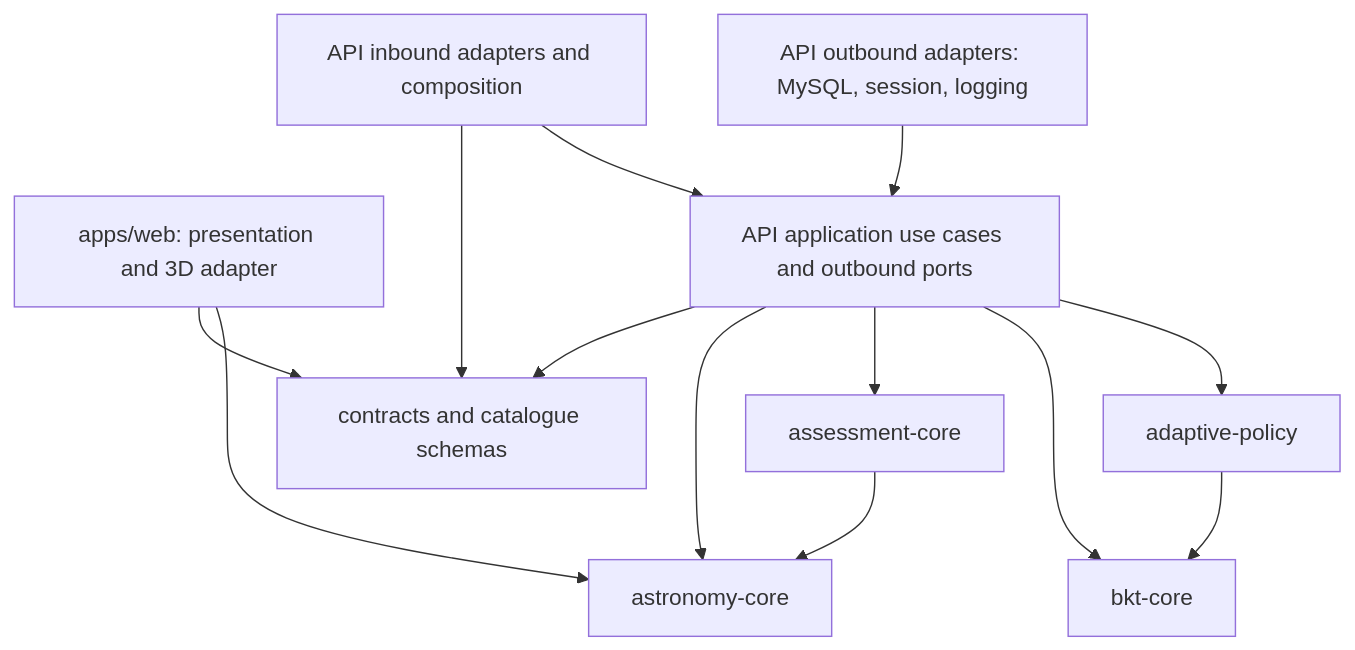
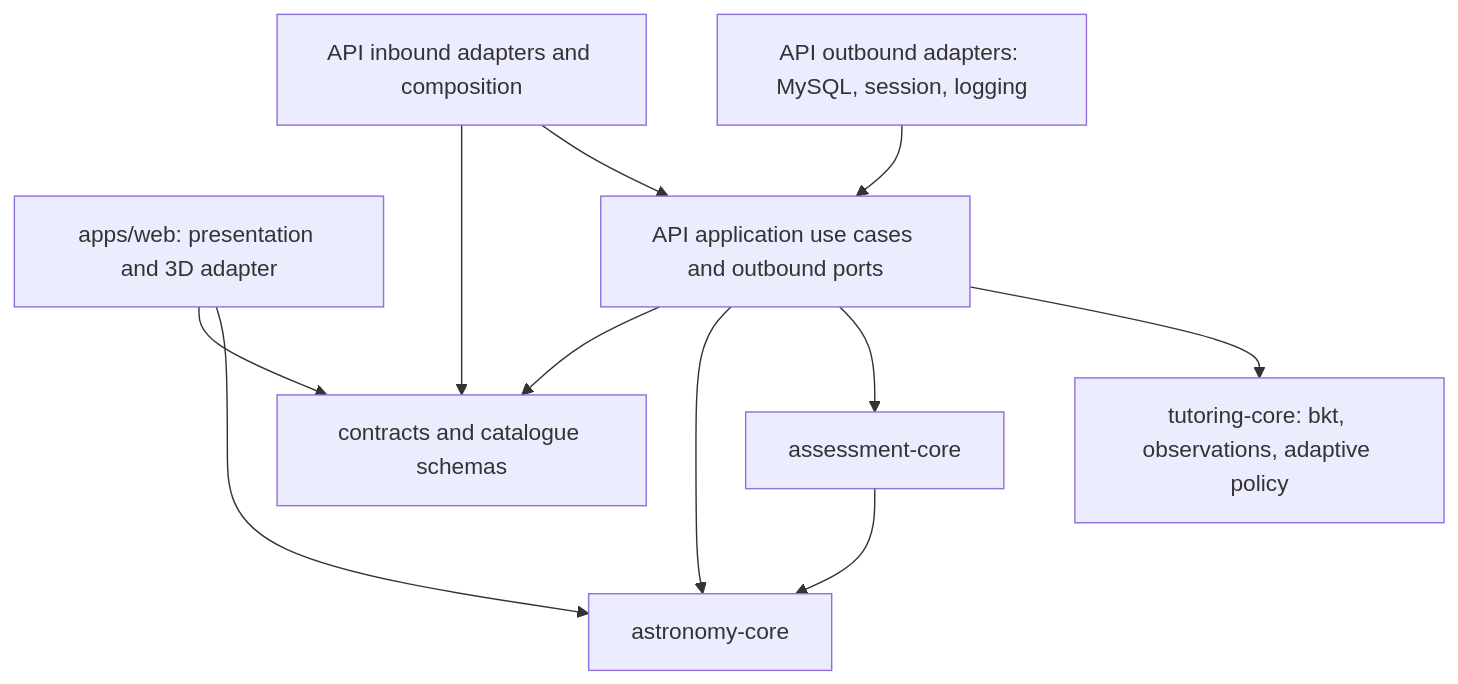
Before and after one commit to Banaf3/UFUQ: the first of 4 diagrams in docs/ARCHITECTURE.md, drawn with Mermaid. The commit also changed other lines of this file and 103 other files, not shown here.

````diff
--- a/docs/ARCHITECTURE.md
+++ b/docs/ARCHITECTURE.md
@@ -52,25 +61,22 @@
 ```mermaid
 flowchart TB
   WEB[apps/web: presentation and 3D adapter]
   HTTP[API inbound adapters and composition]
   USE[API application use cases and outbound ports]
   CONTRACTS[contracts and catalogue schemas]
   ASSESS[assessment-core]
   ASTRO[astronomy-core]
-  BKT[bkt-core]
-  POLICY[adaptive-policy]
+  TUTOR[tutoring-core: bkt, observations, adaptive policy]
   INFRA[API outbound adapters: MySQL, session, logging]
 
   WEB --> CONTRACTS
   WEB --> ASTRO
   HTTP --> CONTRACTS
   HTTP --> USE
   USE --> CONTRACTS
   USE --> ASTRO
   USE --> ASSESS
-  USE --> BKT
-  USE --> POLICY
+  USE --> TUTOR
   INFRA --> USE
   ASSESS --> ASTRO
-  POLICY --> BKT
 ```
````
